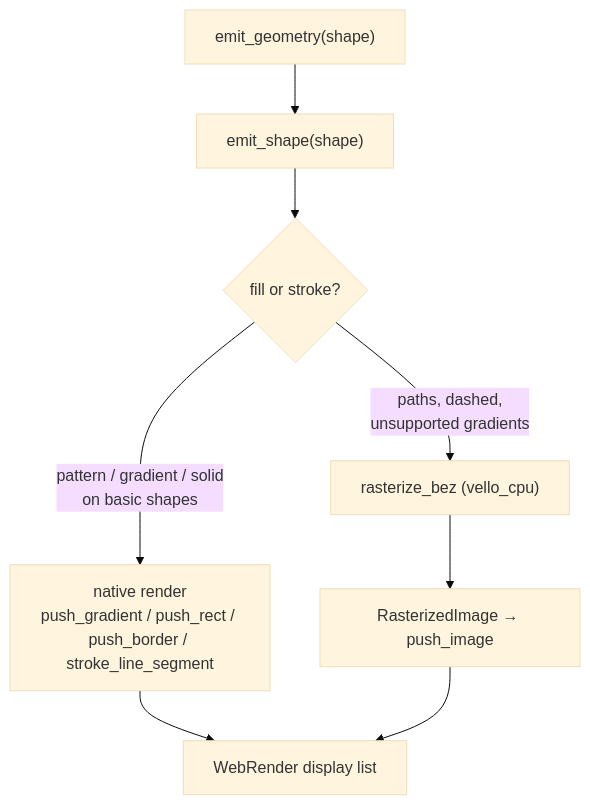
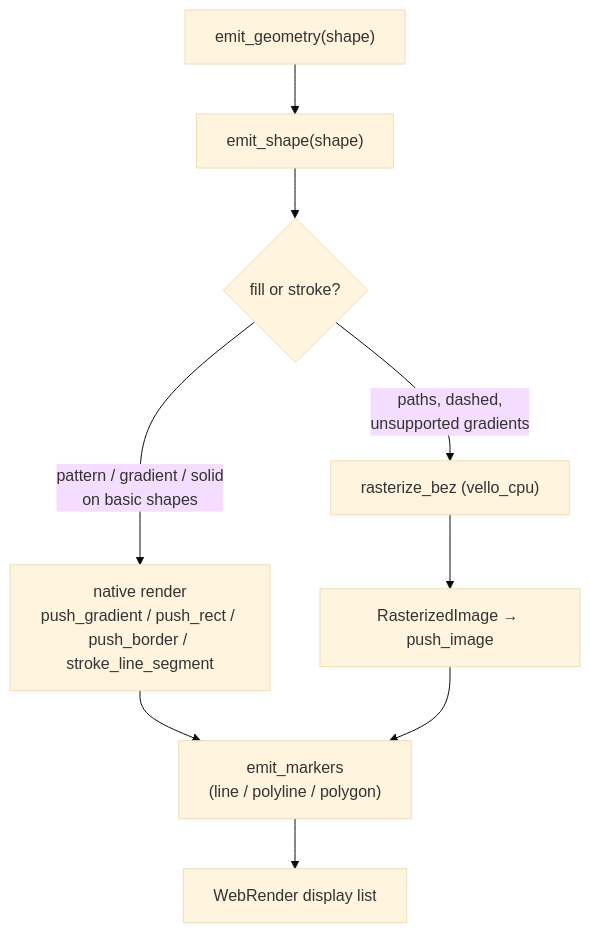
Before and after one commit to mu-mostafa98/servo: the fifth of 7 diagrams in components/svg_engine/README.md, drawn with Mermaid (base theme). The commit also changed other lines of this file, not shown here.

````diff
--- a/components/svg_engine/README.md
+++ b/components/svg_engine/README.md
@@ -212,10 +215,11 @@
 ```mermaid
 flowchart TD
     A["emit_geometry(shape)"] --> B["emit_shape(shape)"]
     B --> C{"fill or stroke?"}
     C -- "pattern / gradient / solid<br/>on basic shapes" --> D["native render<br/>push_gradient / push_rect / push_border / stroke_line_segment"]
     C -- "paths, dashed,<br/>unsupported gradients" --> E["rasterize_bez (vello_cpu)"]
-    D --> F["WebRender display list"]
+    D --> M["emit_markers<br/>(line / polyline / polygon)"]
     E --> G["RasterizedImage → push_image"]
-    G --> F
+    G --> M
+    M --> F["WebRender display list"]
 ```
````
